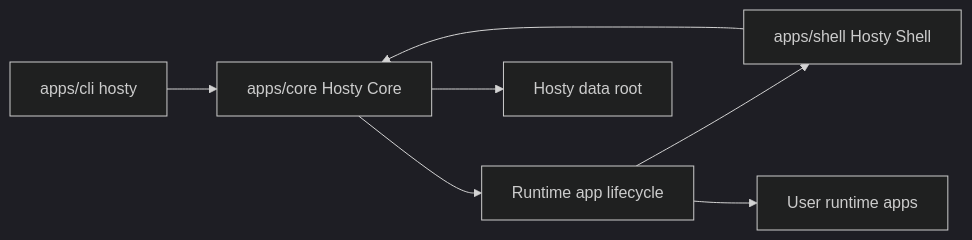
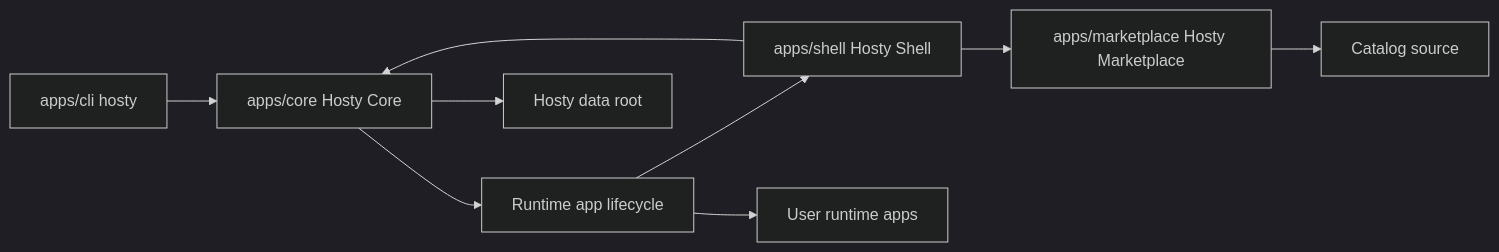
The diagram in docs/features/final-hosty-architecture.md (alex-de-haas/docker-host), drawn with Mermaid (dark theme) before and after one commit. The commit also changed other lines of this file and 123 other files, not shown here.

First line of the commit message:
feat(marketplace): move catalog discovery into hosty.marketplace; generic Core feeds

````diff
--- a/docs/features/final-hosty-architecture.md
+++ b/docs/features/final-hosty-architecture.md
@@ -18,9 +19,11 @@
 ```mermaid
 flowchart LR
   CLI["apps/cli hosty"] --> Core["apps/core Hosty Core"]
   Shell["apps/shell Hosty Shell"] --> Core
+  Shell --> Marketplace["apps/marketplace Hosty Marketplace"]
+  Marketplace --> Catalog["Catalog source"]
   Core --> Runtime["Runtime app lifecycle"]
   Runtime --> Shell
   Runtime --> UserApps["User runtime apps"]
   Core --> Data["Hosty data root"]
 ```
````
